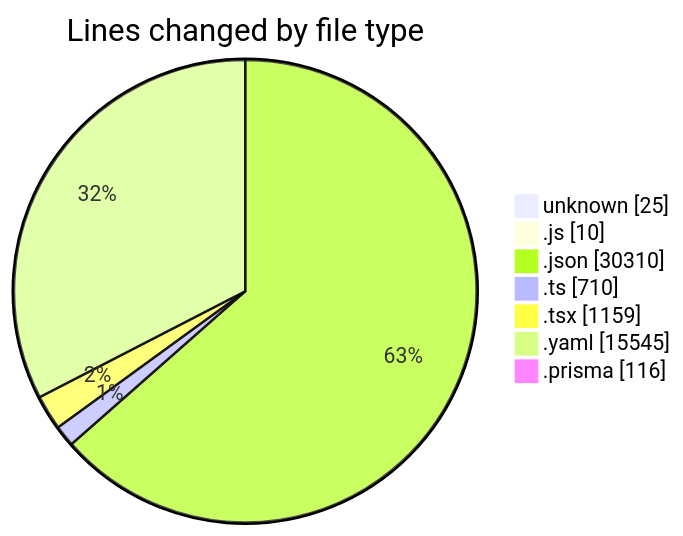
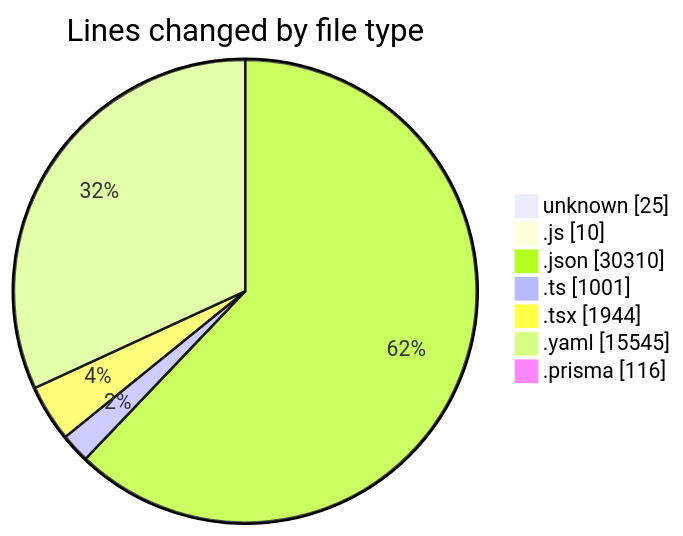
The first of 2 diagrams in 2025-05-02/ecodeli/README.md (CELIANVF/code-tracking), drawn with Mermaid before and after one commit. The commit also changed other lines of this file and 1 other file, not shown here.

````diff
--- a/2025-05-02/ecodeli/README.md
+++ b/2025-05-02/ecodeli/README.md
@@ -47,11 +54,11 @@
 ```mermaid
 pie showData
 title Lines changed by file type
 "unknown" : 25
 ".js" : 10
 ".json" : 30310
-".ts" : 710
-".tsx" : 1159
+".ts" : 1001
+".tsx" : 1944
 ".yaml" : 15545
 ".prisma" : 116
 ```
````
